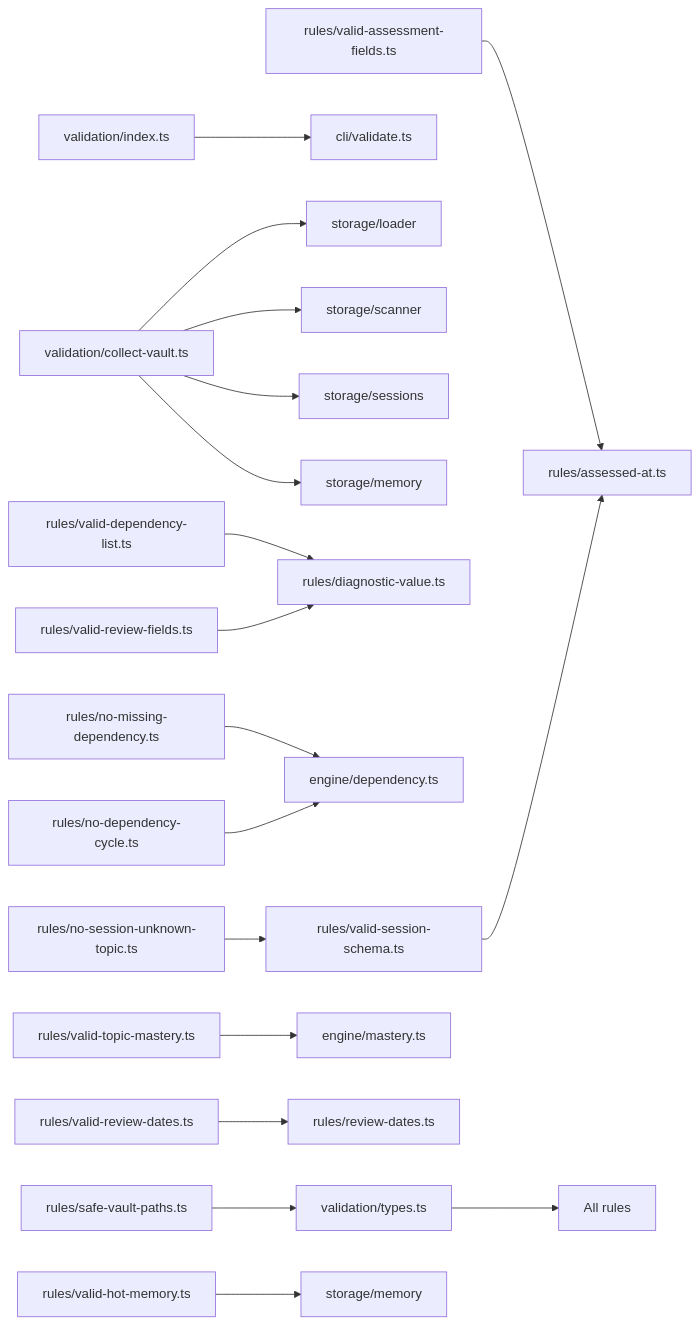
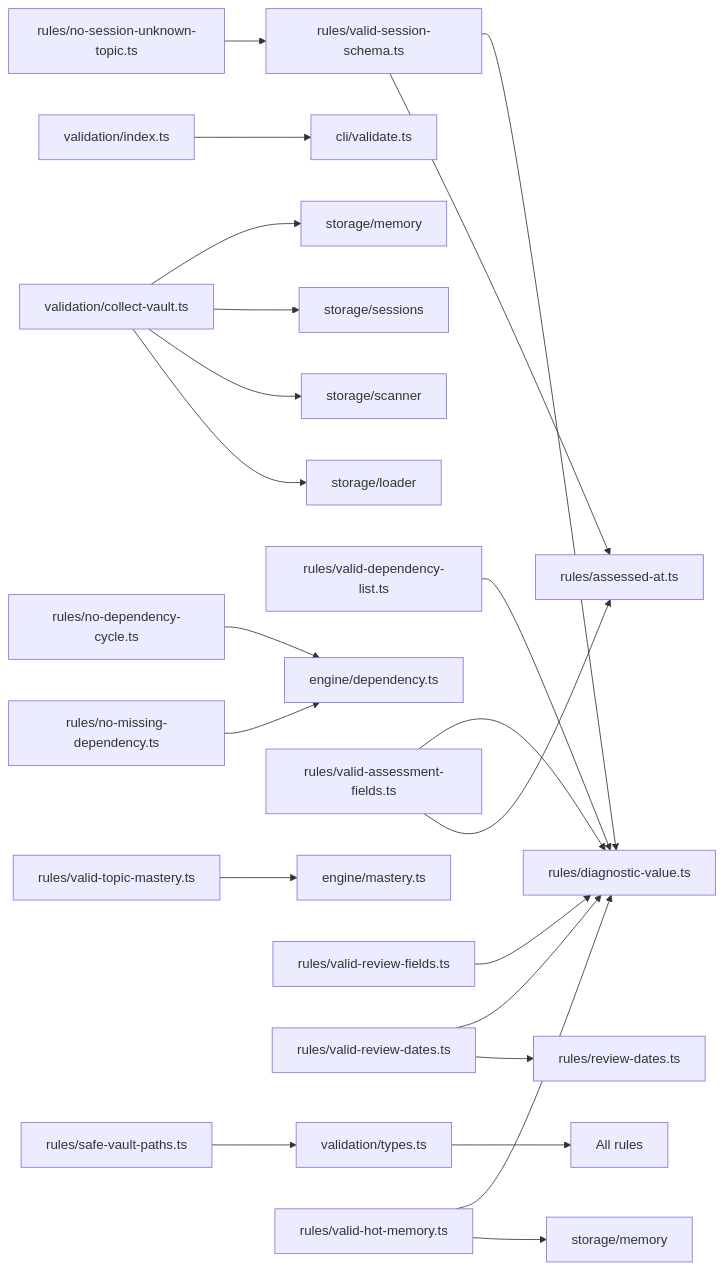
One commit to Kuldeep2822k/palee-architecture changed the seventh of 7 diagrams in Validation Framework/Validation Framework.md. Above: the diagram before and after it, drawn with Mermaid. The commit also changed other lines of this file and 4 other files, not shown here.

Commit message:
docs(validation): fix format contract, rule diagram edges and collection order

````diff
--- a/Validation Framework/Validation Framework.md
+++ b/Validation Framework/Validation Framework.md
@@ -354,20 +356,24 @@
 ```mermaid
 graph LR
   Types["validation/types.ts"] --> AllRules["All rules"]
   Index["validation/index.ts"] --> ValidateCLI["cli/validate.ts"]
   Collect["validation/collect-vault.ts"] --> Loader["storage/loader"]
   Collect --> Scanner["storage/scanner"]
   Collect --> Sessions["storage/sessions"]
   Collect --> Memory["storage/memory"]
   ValidDepList["rules/valid-dependency-list.ts"] --> DiagnosticValue["rules/diagnostic-value.ts"]
   NoMissingDep["rules/no-missing-dependency.ts"] --> EngineDep["engine/dependency.ts"]
   NoCycle["rules/no-dependency-cycle.ts"] --> EngineDep
   ValidAssessment["rules/valid-assessment-fields.ts"] --> AssessedAt["rules/assessed-at.ts"]
   ValidMastery["rules/valid-topic-mastery.ts"] --> MasteryEngine["engine/mastery.ts"]
   ValidReviewFields["rules/valid-review-fields.ts"] --> DiagnosticValue
   ValidReviewDates["rules/valid-review-dates.ts"] --> ReviewDates["rules/review-dates.ts"]
+  ValidReviewDates --> DiagnosticValue
   ValidSessionSchema["rules/valid-session-schema.ts"] --> AssessedAt
+  ValidSessionSchema --> DiagnosticValue
+  ValidAssessment --> DiagnosticValue
   NoSessionUnknown["rules/no-session-unknown-topic.ts"] --> ValidSessionSchema
   ValidHotMemory["rules/valid-hot-memory.ts"] --> StorageMemory["storage/memory"]
+  ValidHotMemory --> DiagnosticValue
   SafePaths["rules/safe-vault-paths.ts"] --> Types
 ```
````
